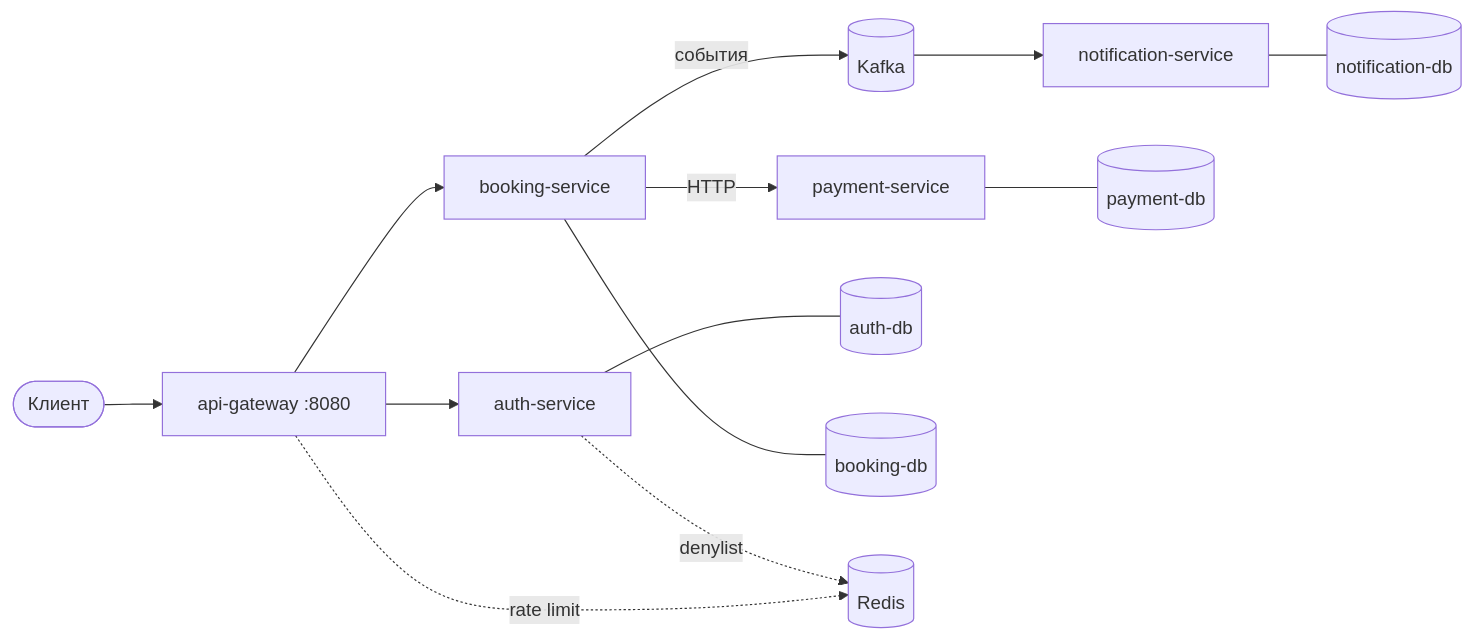
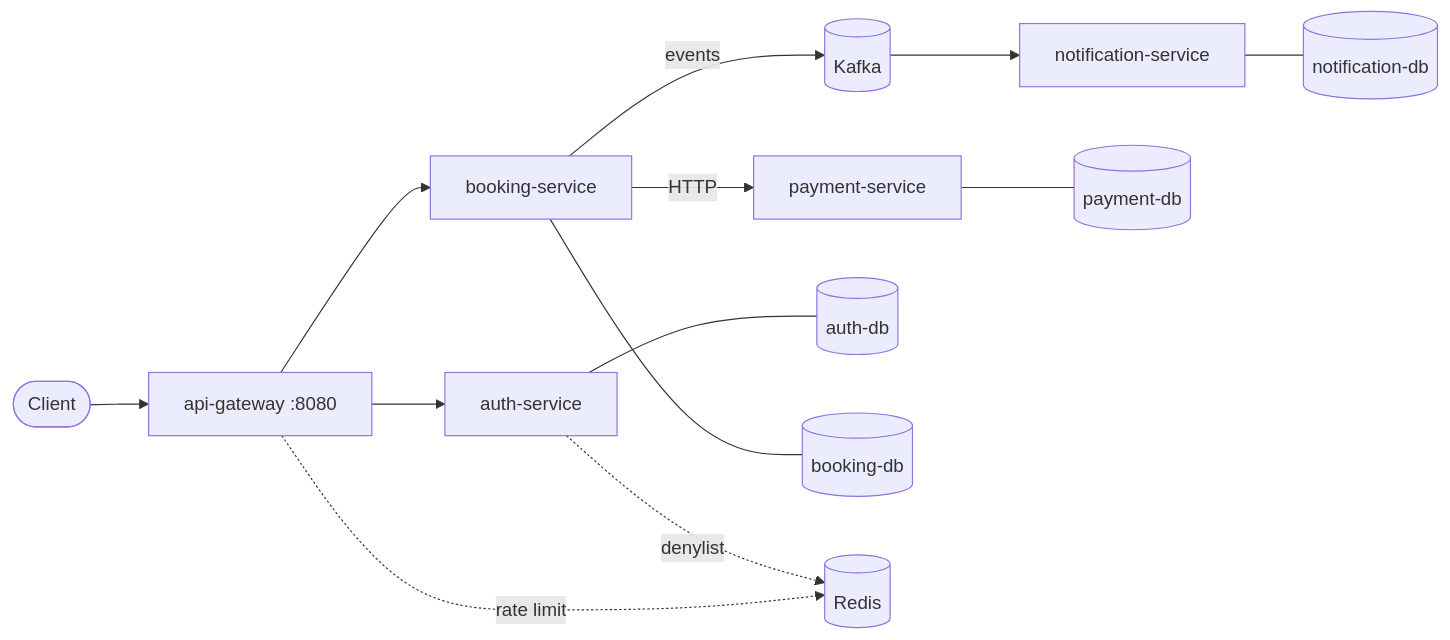
One commit to Rasim2001/reservly-pet changed the diagram in README.ru.md. Above: the diagram before and after it, drawn with Mermaid.

Commit message:
Changed README ru file

````diff
--- a/README.ru.md
+++ b/README.ru.md
@@ -31,19 +31,19 @@
 ```mermaid
 flowchart LR
-    Client([Клиент]) --> GW[api-gateway :8080]
+    Client([Client]) --> GW[api-gateway :8080]
 
     GW --> AUTH[auth-service]
     GW --> BOOK[booking-service]
 
     BOOK -->|HTTP| PAY[payment-service]
-    BOOK -->|события| K[(Kafka)]
+    BOOK -->|events| K[(Kafka)]
     K --> NOTIF[notification-service]
 
     AUTH --- ADB[(auth-db)]
     BOOK --- BDB[(booking-db)]
     PAY --- PDB[(payment-db)]
     NOTIF --- NDB[(notification-db)]
 
     GW -.->|rate limit| R[(Redis)]
     AUTH -.->|denylist| R
 ```
````
